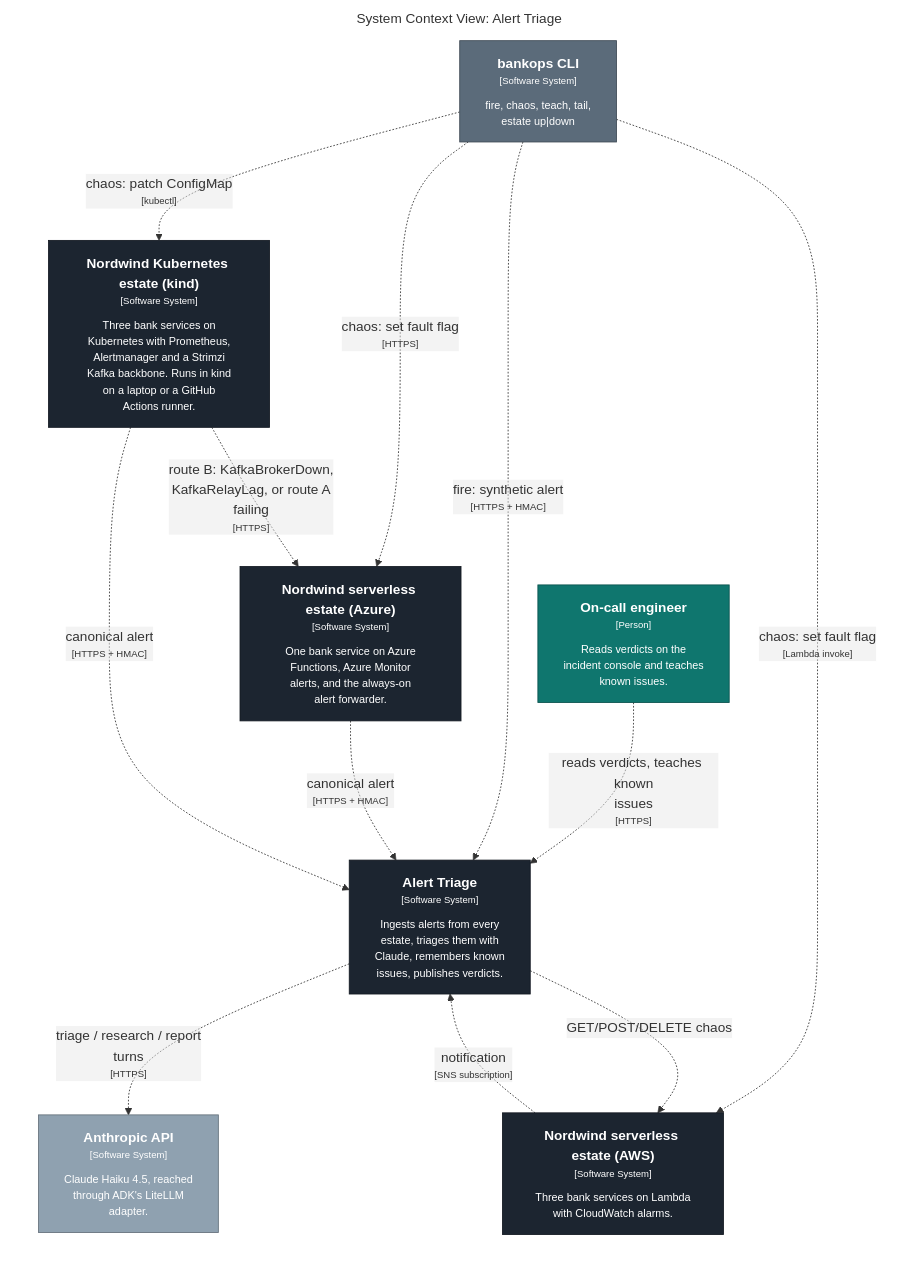
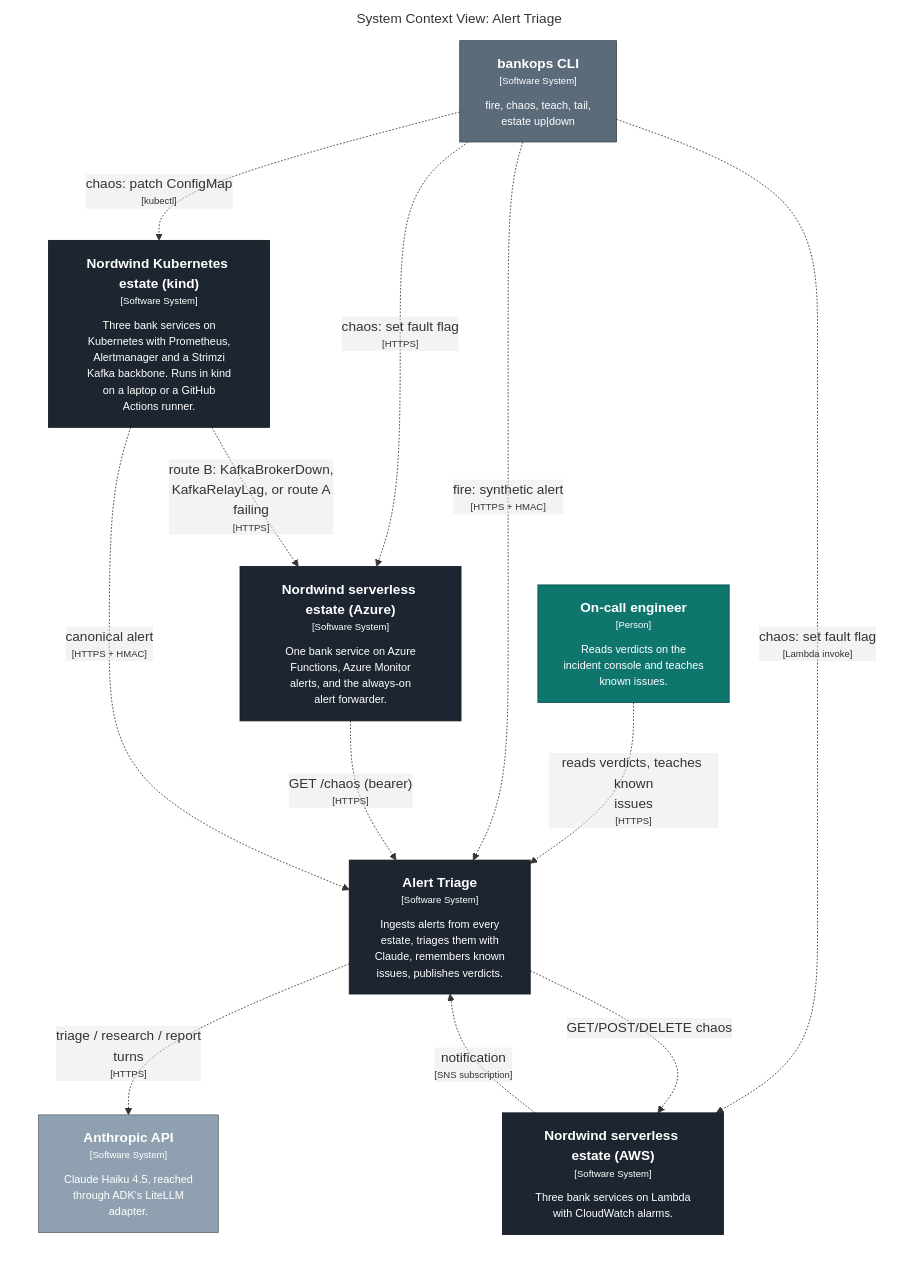
One commit to KucherenkoSerhiy/oncall-triage changed the diagram in docs/c4/generated/structurizr-context.mmd. Above: the diagram before and after it, drawn with Mermaid. The commit also changed 21 other files, not shown here.

First line of the commit message:
feat(infra-azure): M5b Azure estate - Functions (notifications, forwarder) with zip deploy, App Insights + Log Analytics, action group and three alert rules; deploy.yml feeds the two SSM secrets as sensitive vars; notifications-429 chaos probe (#49)

```diff
--- a/docs/c4/generated/structurizr-context.mmd
+++ b/docs/c4/generated/structurizr-context.mmd
@@ -1,34 +1,34 @@
 graph LR
   linkStyle default fill:#ffffff
 
   subgraph diagram ["System Context View: Alert Triage"]
     style diagram fill:#ffffff,stroke:#ffffff
 
     1["<div style='font-weight: bold'>On-call engineer</div><div style='font-size: 70%; margin-top: 0px'>[Person]</div><div style='font-size: 80%; margin-top:10px'>Reads verdicts on the<br />incident console and teaches<br />known issues.</div>"]
     style 1 fill:#0f766e,stroke:#0a524d,color:#ffffff
     20["<div style='font-weight: bold'>Nordwind serverless estate (AWS)</div><div style='font-size: 70%; margin-top: 0px'>[Software System]</div><div style='font-size: 80%; margin-top:10px'>Three bank services on Lambda<br />with CloudWatch alarms.</div>"]
     style 20 fill:#1c2530,stroke:#131921,color:#ffffff
     27["<div style='font-weight: bold'>Nordwind serverless estate (Azure)</div><div style='font-size: 70%; margin-top: 0px'>[Software System]</div><div style='font-size: 80%; margin-top:10px'>One bank service on Azure<br />Functions, Azure Monitor<br />alerts, and the always-on<br />alert forwarder.</div>"]
     style 27 fill:#1c2530,stroke:#131921,color:#ffffff
     3["<div style='font-weight: bold'>Anthropic API</div><div style='font-size: 70%; margin-top: 0px'>[Software System]</div><div style='font-size: 80%; margin-top:10px'>Claude Haiku 4.5, reached<br />through ADK's LiteLLM<br />adapter.</div>"]
     style 3 fill:#8fa1b0,stroke:#64707b,color:#ffffff
-    31["<div style='font-weight: bold'>Nordwind Kubernetes estate (kind)</div><div style='font-size: 70%; margin-top: 0px'>[Software System]</div><div style='font-size: 80%; margin-top:10px'>Three bank services on<br />Kubernetes with Prometheus,<br />Alertmanager and a Strimzi<br />Kafka backbone. Runs in kind<br />on a laptop or a GitHub<br />Actions runner.</div>"]
-    style 31 fill:#1c2530,stroke:#131921,color:#ffffff
+    32["<div style='font-weight: bold'>Nordwind Kubernetes estate (kind)</div><div style='font-size: 70%; margin-top: 0px'>[Software System]</div><div style='font-size: 80%; margin-top:10px'>Three bank services on<br />Kubernetes with Prometheus,<br />Alertmanager and a Strimzi<br />Kafka backbone. Runs in kind<br />on a laptop or a GitHub<br />Actions runner.</div>"]
+    style 32 fill:#1c2530,stroke:#131921,color:#ffffff
     4["<div style='font-weight: bold'>bankops CLI</div><div style='font-size: 70%; margin-top: 0px'>[Software System]</div><div style='font-size: 80%; margin-top:10px'>fire, chaos, teach, tail,<br />estate up|down</div>"]
     style 4 fill:#5b6b7a,stroke:#3f4a55,color:#ffffff
     5["<div style='font-weight: bold'>Alert Triage</div><div style='font-size: 70%; margin-top: 0px'>[Software System]</div><div style='font-size: 80%; margin-top:10px'>Ingests alerts from every<br />estate, triages them with<br />Claude, remembers known<br />issues, publishes verdicts.</div>"]
     style 5 fill:#1c2530,stroke:#131921,color:#ffffff
 
+    5-. "<div>triage / research / report<br />turns</div><div style='font-size: 70%'>[HTTPS]</div>" .->3
     1-. "<div>reads verdicts, teaches known<br />issues</div><div style='font-size: 70%'>[HTTPS]</div>" .->5
     4-. "<div>fire: synthetic alert</div><div style='font-size: 70%'>[HTTPS + HMAC]</div>" .->5
     4-. "<div>chaos: set fault flag</div><div style='font-size: 70%'>[Lambda invoke]</div>" .->20
     4-. "<div>chaos: set fault flag</div><div style='font-size: 70%'>[HTTPS]</div>" .->27
-    4-. "<div>chaos: patch ConfigMap</div><div style='font-size: 70%'>[kubectl]</div>" .->31
+    4-. "<div>chaos: patch ConfigMap</div><div style='font-size: 70%'>[kubectl]</div>" .->32
     20-. "<div>notification</div><div style='font-size: 70%'>[SNS subscription]</div>" .->5
     5-. "<div>GET/POST/DELETE chaos</div><div style='font-size: 70%'></div>" .->20
-    27-. "<div>canonical alert</div><div style='font-size: 70%'>[HTTPS + HMAC]</div>" .->5
-    31-. "<div>canonical alert</div><div style='font-size: 70%'>[HTTPS + HMAC]</div>" .->5
-    31-. "<div>route B: KafkaBrokerDown,<br />KafkaRelayLag, or route A<br />failing</div><div style='font-size: 70%'>[HTTPS]</div>" .->27
-    5-. "<div>triage / research / report<br />turns</div><div style='font-size: 70%'>[HTTPS]</div>" .->3
+    27-. "<div>GET /chaos (bearer)</div><div style='font-size: 70%'>[HTTPS]</div>" .->5
+    32-. "<div>canonical alert</div><div style='font-size: 70%'>[HTTPS + HMAC]</div>" .->5
+    32-. "<div>route B: KafkaBrokerDown,<br />KafkaRelayLag, or route A<br />failing</div><div style='font-size: 70%'>[HTTPS]</div>" .->27
 
   end
```
